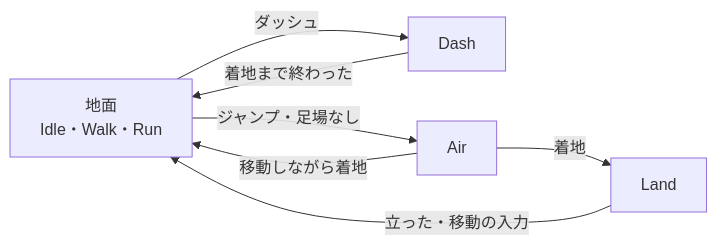
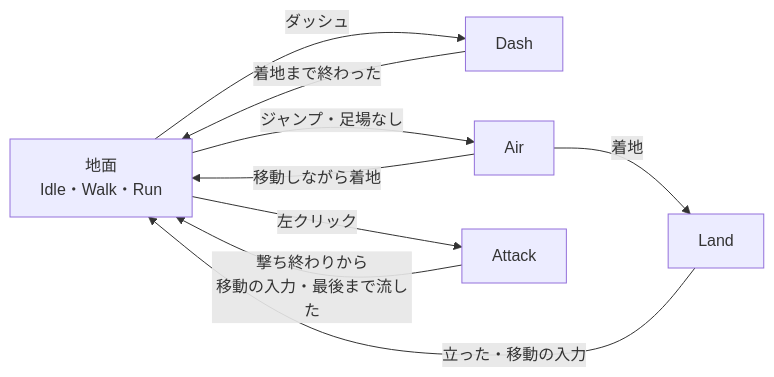
One commit to hirota-ryuki/Action changed the first of 3 diagrams in Action/docs/ゲーム/プレイヤー/プレイヤーのステートの設計.md. Above: the diagram before and after it, drawn with Mermaid. The commit also changed other lines of this file and 18 other files, not shown here.

````diff
--- a/Action/docs/ゲーム/プレイヤー/プレイヤーのステートの設計.md
+++ b/Action/docs/ゲーム/プレイヤー/プレイヤーのステートの設計.md
@@ -18,9 +18,11 @@
 ```mermaid
 flowchart LR
     G["地面<br/>Idle・Walk・Run"] -->|ダッシュ| D[Dash]
     D -->|着地まで終わった| G
     G -->|ジャンプ・足場なし| A[Air]
     A -->|着地| L[Land]
     A -->|移動しながら着地| G
     L -->|立った・移動の入力| G
+    G -->|左クリック| K[Attack]
+    K -->|撃ち終わりから<br/>移動の入力・最後まで流した| G
 ```
````
